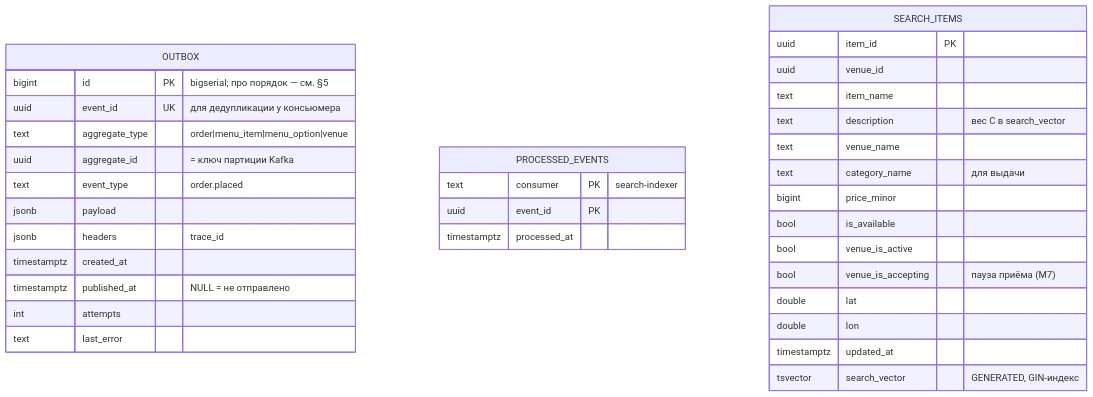
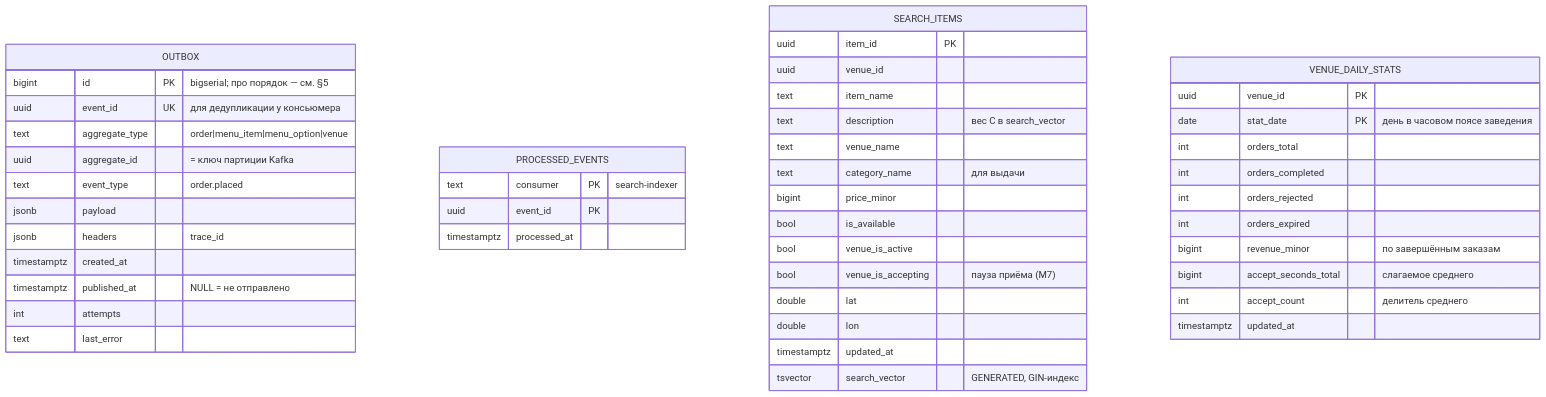
One commit to EmotionlessDev/avito2026internship changed diagram 12 of 12 in docs/DESIGN.md. Above: the diagram before and after it, drawn with Mermaid. The commit also changed other lines of this file and 33 other files, not shown here.

````diff
--- a/docs/DESIGN.md
+++ b/docs/DESIGN.md
@@ -719,37 +719,49 @@
 ```mermaid
 erDiagram
     OUTBOX {
         bigint id PK "bigserial; про порядок — см. §5"
         uuid event_id UK "для дедупликации у консьюмера"
         text aggregate_type "order|menu_item|menu_option|venue"
         uuid aggregate_id "= ключ партиции Kafka"
         text event_type "order.placed"
         jsonb payload
         jsonb headers "trace_id"
         timestamptz created_at
         timestamptz published_at "NULL = не отправлено"
         int attempts
         text last_error
     }
     PROCESSED_EVENTS {
         text consumer PK "search-indexer"
         uuid event_id PK
         timestamptz processed_at
     }
     SEARCH_ITEMS {
         uuid item_id PK
         uuid venue_id
         text item_name
         text description "вес C в search_vector"
         text venue_name
         text category_name "для выдачи"
         bigint price_minor
         bool is_available
         bool venue_is_active
         bool venue_is_accepting "пауза приёма (M7)"
         double lat
         double lon
         timestamptz updated_at
         tsvector search_vector "GENERATED, GIN-индекс"
     }
+    VENUE_DAILY_STATS {
+        uuid venue_id PK
+        date stat_date PK "день в часовом поясе заведения"
+        int orders_total
+        int orders_completed
+        int orders_rejected
+        int orders_expired
+        bigint revenue_minor "по завершённым заказам"
+        bigint accept_seconds_total "слагаемое среднего"
+        int accept_count "делитель среднего"
+        timestamptz updated_at
+    }
 ```
````
